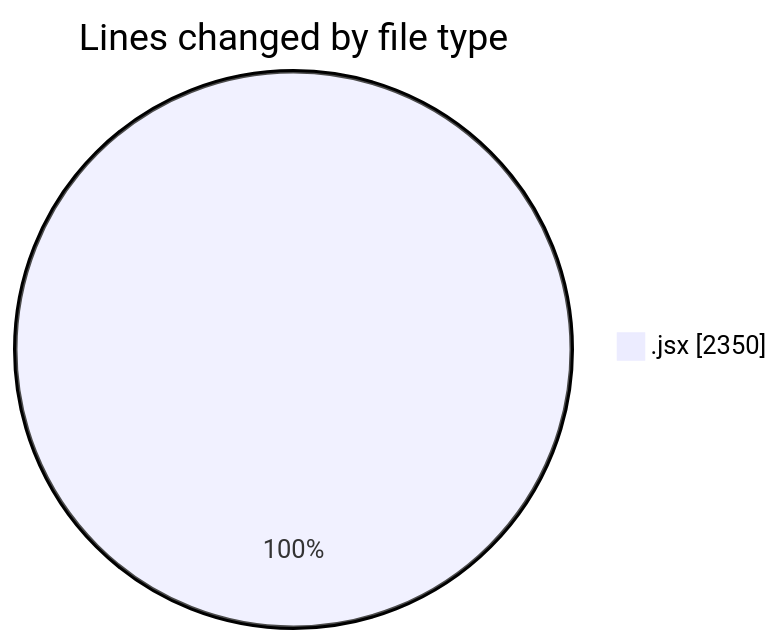
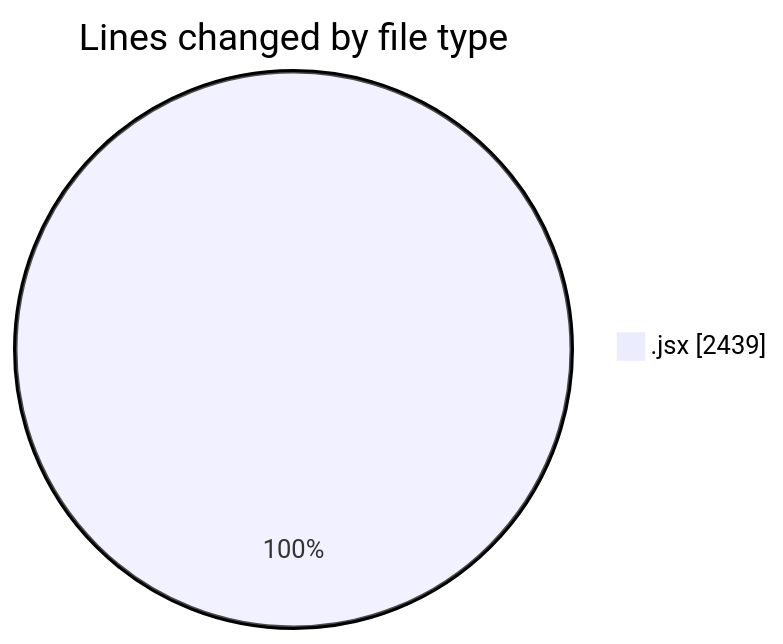
The first of 2 diagrams in 2025-05-14/argos-dev/README.md (nxtqubesakshisongat/code-tracking), drawn with Mermaid before and after one commit. The commit also changed other lines of this file and 1 other file, not shown here.

````diff
--- a/2025-05-14/argos-dev/README.md
+++ b/2025-05-14/argos-dev/README.md
@@ -24,5 +24,5 @@
 ```mermaid
 pie showData
 title Lines changed by file type
-".jsx" : 2350
+".jsx" : 2439
 ```
````
